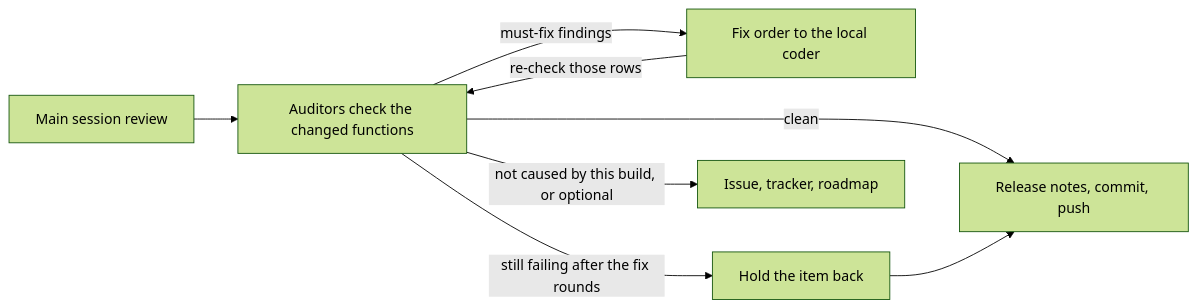
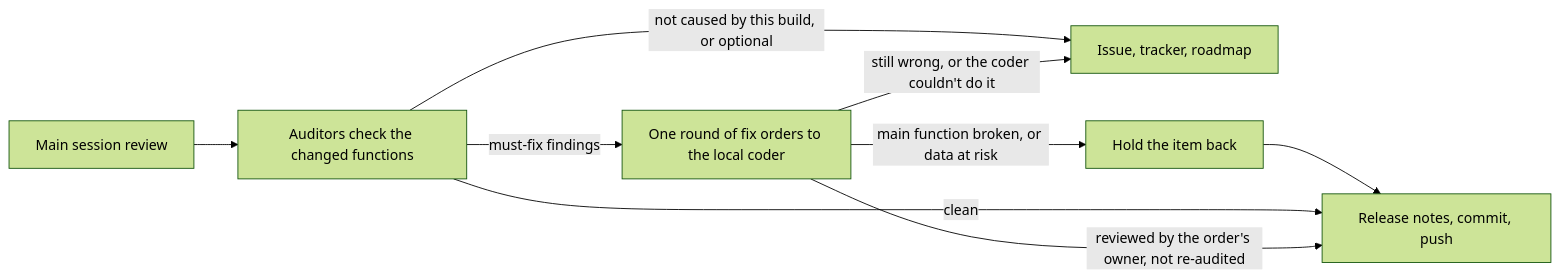
The diagram in .claude/skills/build-audit/SKILL.md (Flameingskull/FlexNotes), drawn with Mermaid (forest theme) before and after one commit. The commit also changed other lines of this file and 45 other files, not shown here.

````diff
--- a/.claude/skills/build-audit/SKILL.md
+++ b/.claude/skills/build-audit/SKILL.md
@@ -21,10 +22,11 @@
 ```mermaid
 flowchart LR
   A[Main session review] --> B[Auditors check the changed functions]
-  B -->|must-fix findings| C[Fix order to the local coder]
-  C -->|re-check those rows| B
-  B -->|clean| D[Release notes, commit, push]
-  B -->|still failing after the fix rounds| E[Hold the item back]
+  B -->|must-fix findings| C[One round of fix orders to the local coder]
+  C -->|reviewed by the order's owner, not re-audited| D[Release notes, commit, push]
+  B -->|clean| D
+  C -->|still wrong, or the coder couldn't do it| F[Issue, tracker, roadmap]
+  C -->|main function broken, or data at risk| E[Hold the item back]
   E --> D
-  B -->|not caused by this build, or optional| F[Issue, tracker, roadmap]
+  B -->|not caused by this build, or optional| F
 ```
````
